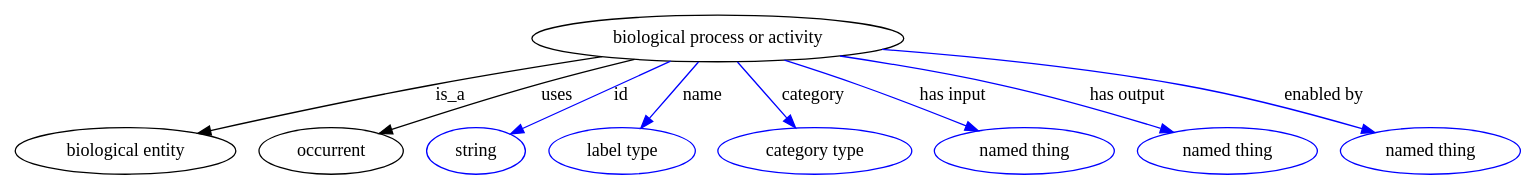
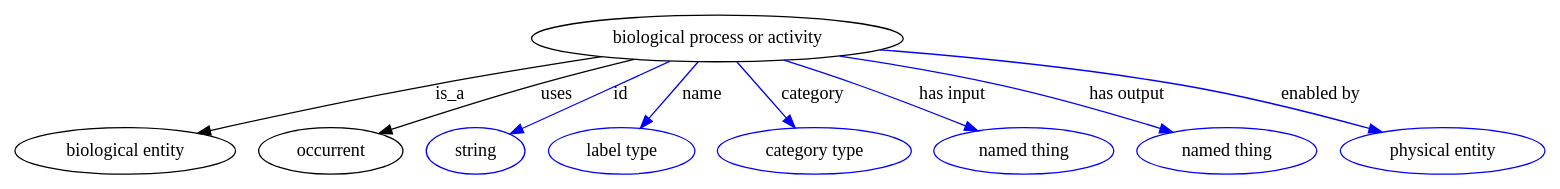
One commit to biolink/biolink-model changed the diagram in graphviz/biological_process_or_activity.gv. Above: the diagram before and after it, drawn with Graphviz. The commit also changed 14 other files, not shown here.

```diff
--- a/graphviz/biological_process_or_activity.gv
+++ b/graphviz/biological_process_or_activity.gv
@@ -1,80 +1,80 @@
 digraph {
-	graph [bb="0,0,950.49,123"];
+	graph [bb="0,0,965.64,123"];
 	node [label="\N"];
 	"biological process or activity"	 [height=0.5,
 		label="biological process or activity",
 		pos="446.24,105",
 		width=3.1414];
 	"biological entity"	 [height=0.5,
 		pos="68.244,18",
 		width=1.8957];
 	"biological process or activity" -> "biological entity"	 [label=is_a,
 		lp="277.24,61.5",
 		pos="e,115.67,30.995 372.92,91.278 340.19,84.91 301.19,76.99 266.24,69 218.55,58.097 164.82,44.152 125.38,33.601"];
 	occurrent	 [height=0.5,
 		pos="198.24,18",
 		width=1.2277];
 	"biological process or activity" -> occurrent	 [label=uses,
 		lp="344.24,61.5",
 		pos="e,230,30.681 393.54,89.053 374.18,83.014 352.14,75.921 332.24,69 300.84,58.074 265.72,44.663 239.31,34.336"];
 	id	 [color=blue,
 		height=0.5,
 		label=string,
 		pos="291.24,18",
 		width=0.84854];
 	"biological process or activity" -> id	 [color=blue,
 		label=id,
 		lp="383.74,61.5",
 		pos="e,313.66,30.579 415.25,87.603 388.38,72.522 349.68,50.797 322.68,35.644",
 		style=solid];
 	name	 [color=blue,
 		height=0.5,
 		label="label type",
 		pos="385.24,18",
 		width=1.2638];
 	"biological process or activity" -> name	 [color=blue,
 		label=name,
 		lp="435.74,61.5",
 		pos="e,397.45,35.41 433.6,86.974 424.82,74.444 412.98,57.56 403.22,43.633",
 		style=solid];
 	category	 [color=blue,
 		height=0.5,
 		label="category type",
 		pos="507.24,18",
 		width=1.6249];
 	"biological process or activity" -> category	 [color=blue,
 		label=category,
 		lp="504.74,61.5",
 		pos="e,494.83,35.706 458.88,86.974 467.61,74.526 479.35,57.782 489.08,43.909",
 		style=solid];
 	"has input"	 [color=blue,
 		height=0.5,
 		label="named thing",
 		pos="639.24,18",
 		width=1.5346];
 	"biological process or activity" -> "has input"	 [color=blue,
 		label="has input",
 		lp="590.24,61.5",
 		pos="e,608.52,33.127 487.54,88.189 501.77,82.27 517.76,75.477 532.24,69 554.62,58.99 579.35,47.252 599.38,37.562",
 		style=solid];
 	"has output"	 [color=blue,
 		height=0.5,
 		label="named thing",
 		pos="767.24,18",
 		width=1.5346];
 	"biological process or activity" -> "has output"	 [color=blue,
 		label="has output",
 		lp="693.74,61.5",
 		pos="e,731.45,31.763 521.68,91.46 552.18,85.426 587.59,77.708 619.24,69 654.2,59.381 692.92,45.936 721.99,35.265",
 		style=solid];
 	"enabled by"	 [color=blue,
 		height=0.5,
-		label="named thing",
-		pos="895.24,18",
-		width=1.5346];
+		label="physical entity",
+		pos="903.24,18",
+		width=1.7332];
 	"biological process or activity" -> "enabled by"	 [color=blue,
 		label="enabled by",
-		lp="813.24,61.5",
-		pos="e,857.79,31.254 545.4,96.284 599.26,90.54 666.81,81.697 726.24,69 768.12,60.054 814.62,45.683 848.23,34.473",
+		lp="816.24,61.5",
+		pos="e,862.2,31.759 544.69,96.057 598.63,90.227 666.49,81.374 726.24,69 769.47,60.049 817.53,45.925 852.66,34.808",
 		style=solid];
 }
```
